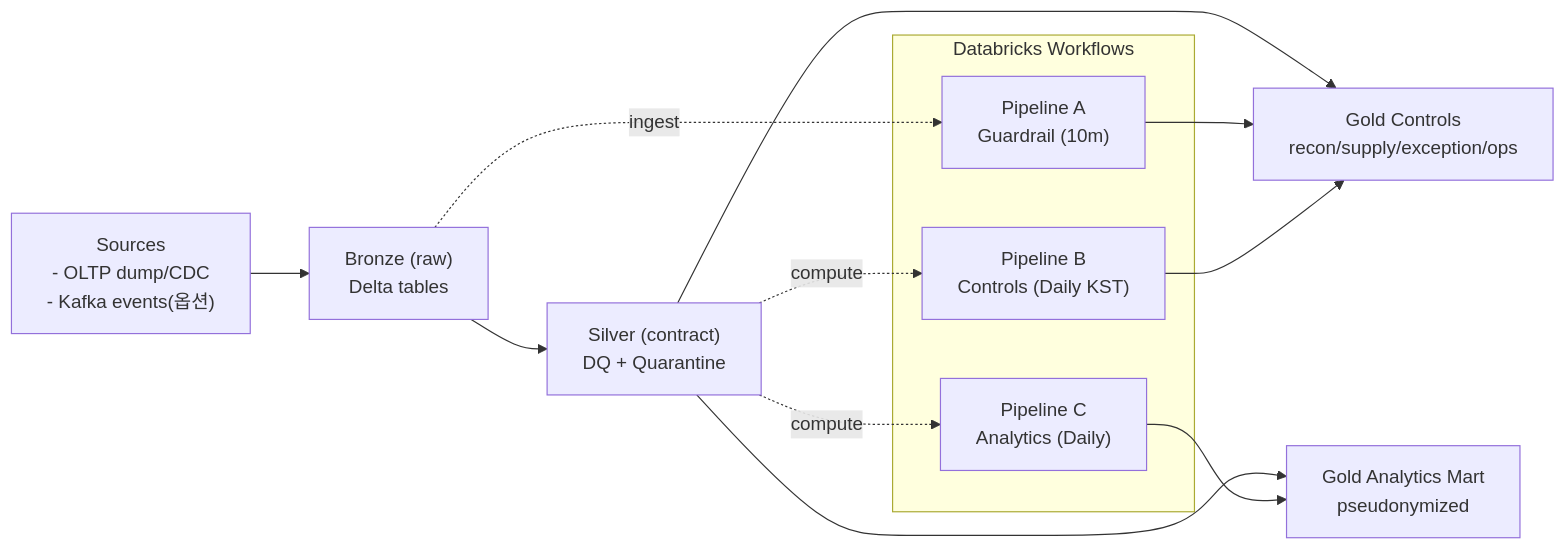
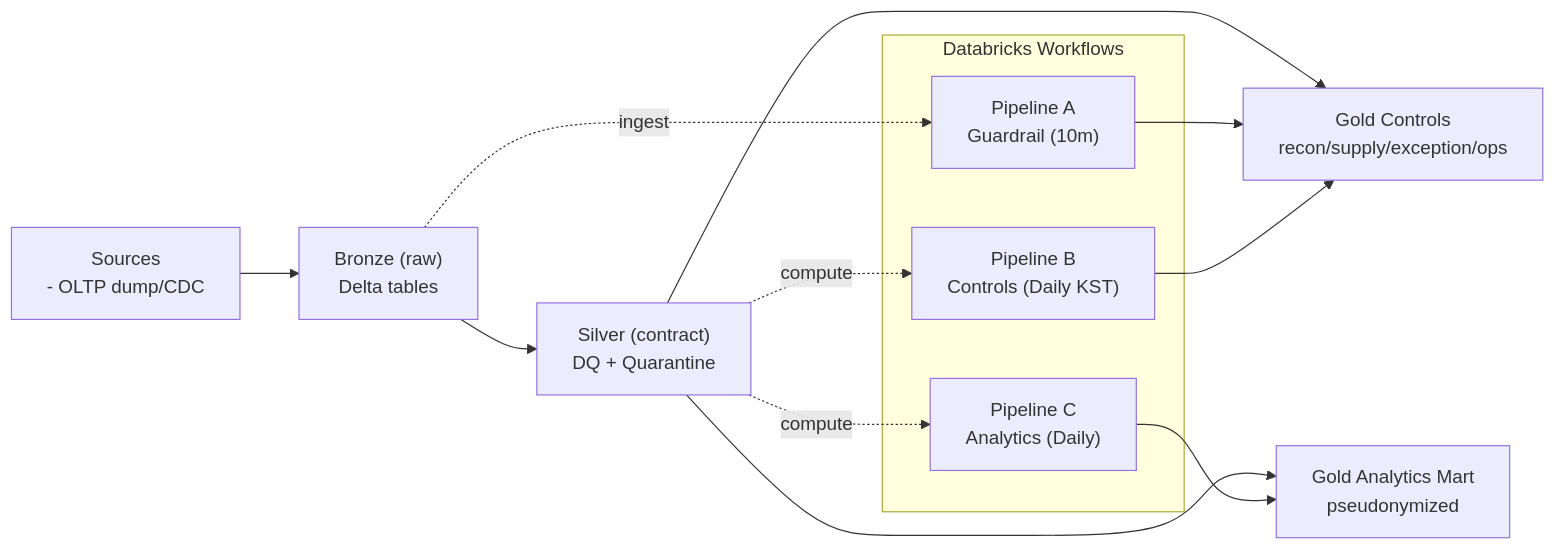
One commit to Naver-Dunamu-Merge-TF/NSC-Document changed the second of 4 diagrams in Document Standardization Page/2. 시스템 설계 단계 (System Design)/2.1.1 통제 및 분석 레이어 아키텍쳐 (controls analytics layer architecture).md. Above: the diagram before and after it, drawn with Mermaid. The commit also changed other lines of this file, not shown here.

Commit message:
Refine analytics layer architecture and flowchart
Removed optional streaming from BUS and updated source references in the flowchart.

````diff
--- a/Document Standardization Page/2. 시스템 설계 단계 (System Design)/2.1.1 통제 및 분석 레이어 아키텍쳐 (controls analytics layer architecture).md
+++ b/Document Standardization Page/2. 시스템 설계 단계 (System Design)/2.1.1 통제 및 분석 레이어 아키텍쳐 (controls analytics layer architecture).md
@@ -132,20 +131,20 @@
 ```mermaid
 flowchart LR
-  SRC["Sources<br/>- OLTP dump/CDC<br/>- Kafka events(옵션)"] --> BR["Bronze (raw)<br/>Delta tables"]
+  SRC["Sources<br/>- OLTP dump/CDC"] --> BR["Bronze (raw)<br/>Delta tables"]
   BR --> SI["Silver (contract)<br/>DQ + Quarantine"]
   SI --> GC["Gold Controls<br/>recon/supply/exception/ops"]
   SI --> GA["Gold Analytics Mart<br/>pseudonymized"]
 
   subgraph JOBS["Databricks Workflows"]
     A["Pipeline A<br/>Guardrail (10m)"]
     B["Pipeline B<br/>Controls (Daily KST)"]
     C["Pipeline C<br/>Analytics (Daily)"]
   end
 
   BR -. ingest .-> A
   SI -. compute .-> B
   SI -. compute .-> C
   A --> GC
   B --> GC
   C --> GA
 ```
````
